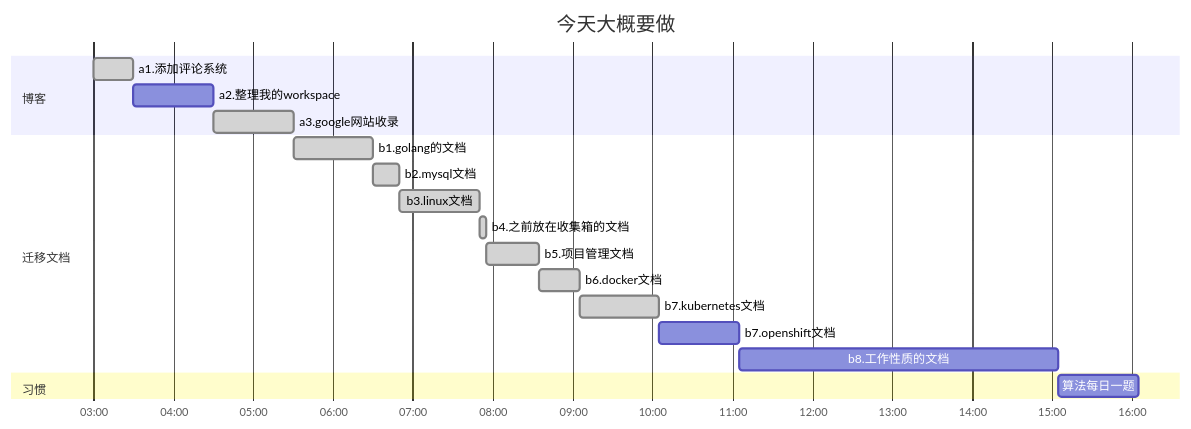
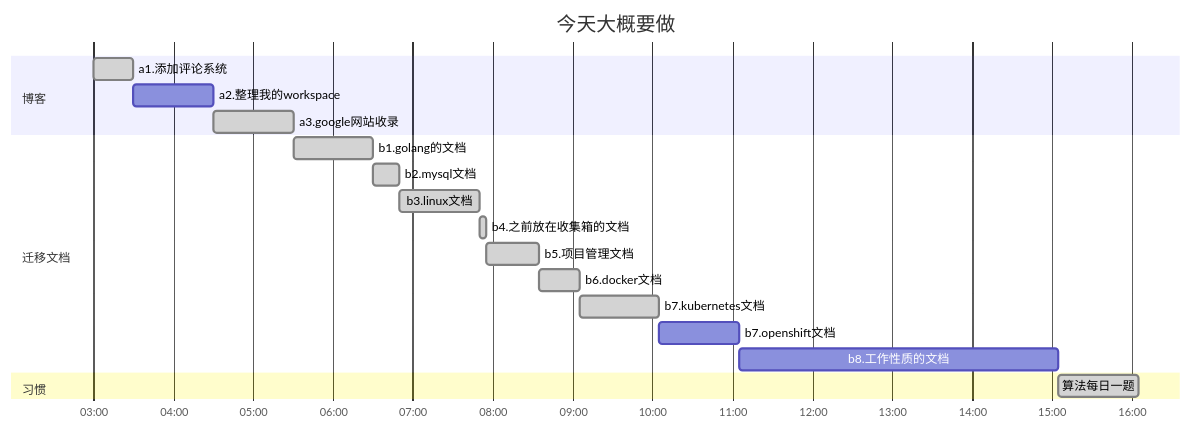
One commit to 904566722/904566722.github.io changed the diagram in 2023-05-12/index.md. Above: the diagram before and after it, drawn with Mermaid. The commit also changed other lines of this file and 298 other files, not shown here.

```diff
--- a/2023-05-12/index.md
+++ b/2023-05-12/index.md
@@ -20,26 +20,26 @@
 {{< mermaid >}}
 gantt
 dateFormat HH:mm
 axisFormat %H:%M
 tickInterval 1h
 title 今天大概要做
 
 section 博客
     a1.添加评论系统:done, 03:00, 30m
     a2.整理我的workspace: 1h
     a3.google网站收录:done, 1h
 
 section 迁移文档
     b1.golang的文档:done, 1h
     b2.mysql文档:done,  20m
     b3.linux文档:done, 1h
     b4.之前放在收集箱的文档:done, 5m
     b5.项目管理文档:done, 40m
     b6.docker文档:done, 30m
     b7.kubernetes文档:done, 1h
     b7.openshift文档: 1h
     b8.工作性质的文档: 4h
 
 section 习惯
-	算法每日一题: 1h
+	算法每日一题:done, 1h
 {{< /mermaid >}}         
```
